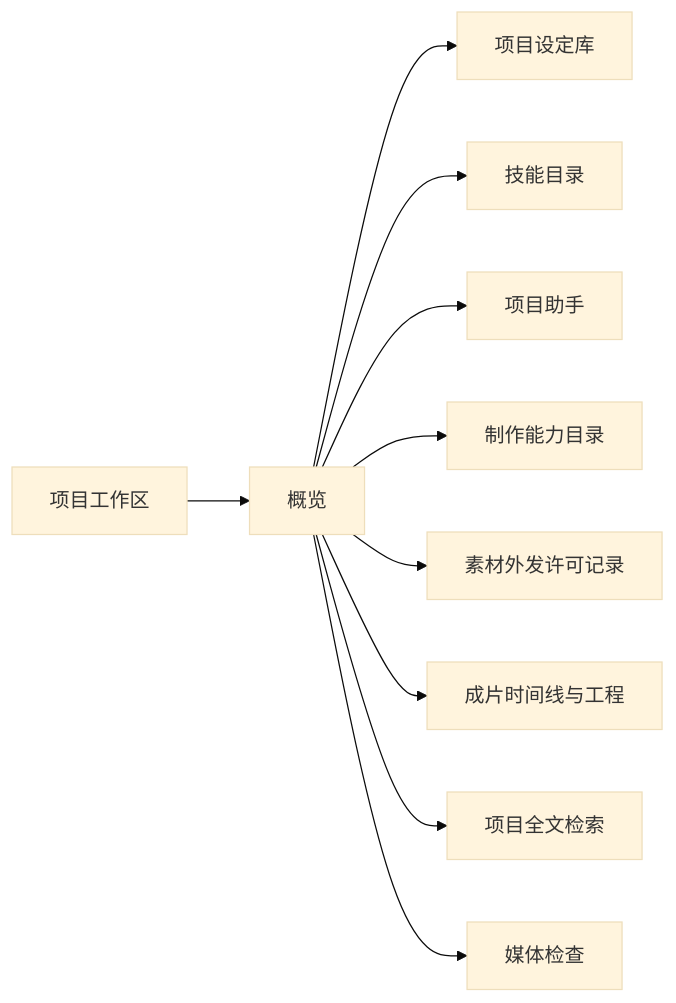
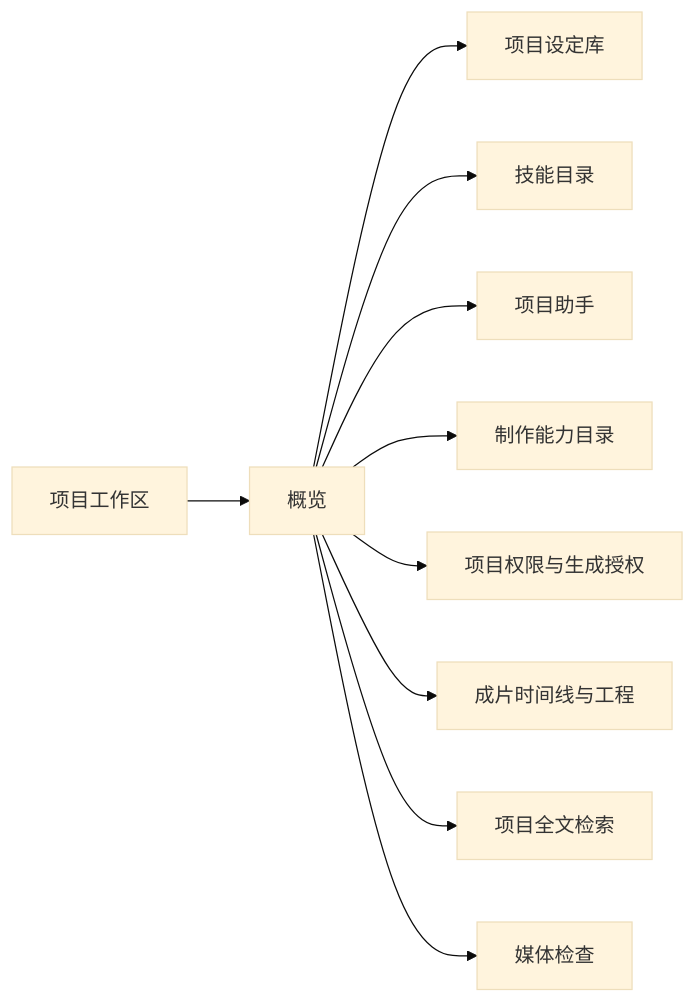
The diagram in docs/design/page-review.md (czh869452912/autodl_minimax_h3), drawn with Mermaid (base theme) before and after one commit. The commit also changed other lines of this file and 23 other files, not shown here.

````diff
--- a/docs/design/page-review.md
+++ b/docs/design/page-review.md
@@ -17,12 +17,12 @@
 ```mermaid
 flowchart LR
   project[项目工作区] --> overview[概览]
   overview --> ov0[项目设定库]
   overview --> ov1[技能目录]
   overview --> ov2[项目助手]
   overview --> ov3[制作能力目录]
-  overview --> ov4[素材外发许可记录]
+  overview --> ov4[项目权限与生成授权]
   overview --> ov5[成片时间线与工程]
   overview --> ov6[项目全文检索]
   overview --> ov7[媒体检查]
 ```
````
